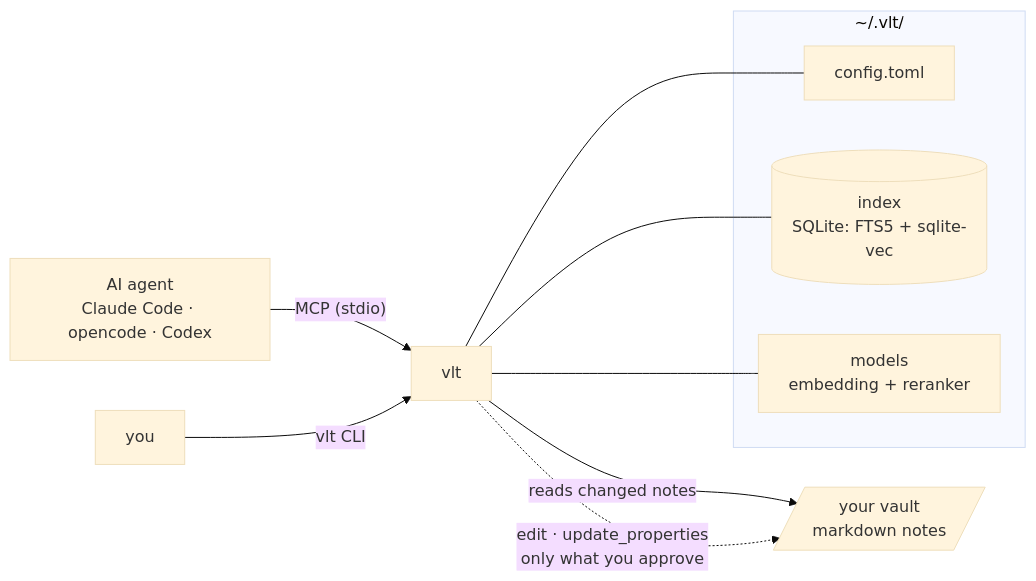
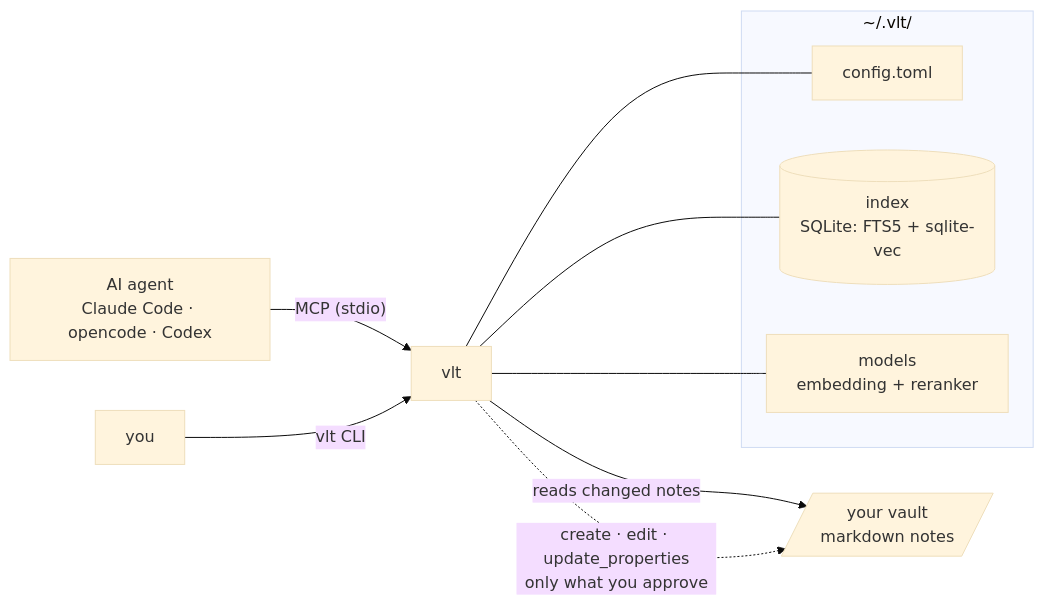
One commit to andresdigiovanni/vlt changed the third of 3 diagrams in README.md. Above: the diagram before and after it, drawn with Mermaid (base theme). The commit also changed other lines of this file and 22 other files, not shown here.

Commit message:
feat: Obsidian tags and property links, properties where and variants, folders, related, audit and create

````diff
--- a/README.md
+++ b/README.md
@@ -289,15 +300,15 @@
 ```mermaid
 flowchart LR
     agent["AI agent<br/>Claude Code · opencode · Codex"] -- "MCP (stdio)" --> vlt
     you["you"] -- "vlt CLI" --> vlt
     subgraph home["~/.vlt/"]
         config["config.toml"]
         index[("index<br/>SQLite: FTS5 + sqlite-vec")]
         models["models<br/>embedding + reranker"]
     end
     vlt --- config
     vlt --- index
     vlt --- models
     vlt -- "reads changed notes" --> vault[/"your vault<br/>markdown notes"/]
-    vlt -. "edit · update_properties<br/>only what you approve" .-> vault
+    vlt -. "create · edit · update_properties<br/>only what you approve" .-> vault
 ```
````
